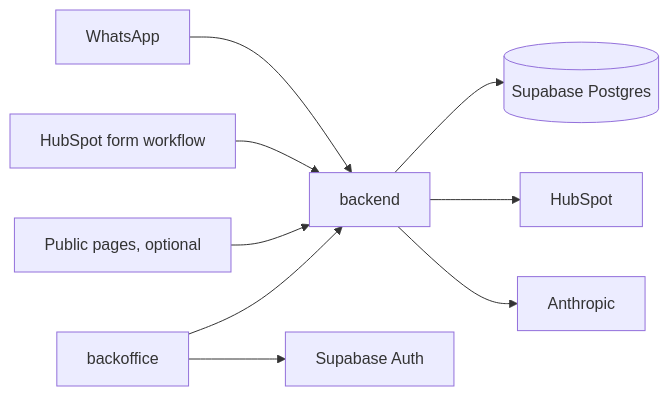
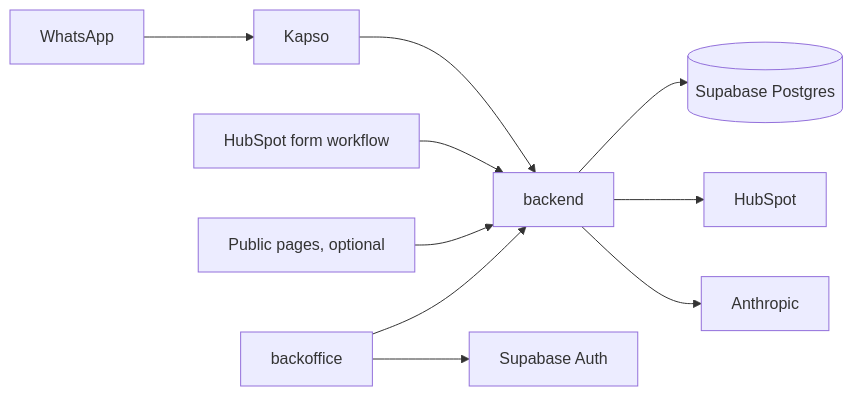
The first of 2 diagrams in docs/design.md (luisguareschi/leadscope), drawn with Mermaid before and after one commit. The commit also changed other lines of this file and 53 other files, not shown here.

First line of the commit message:
Move WhatsApp from Meta Cloud API direct to Kapso (#9)

````diff
--- a/docs/design.md
+++ b/docs/design.md
@@ -68,11 +68,11 @@
 ```mermaid
 flowchart LR
-  wa[WhatsApp] --> api[backend]
+  wa[WhatsApp] --> kapso[Kapso] --> api[backend]
   hsForm[HubSpot form workflow] --> api
   site[Public pages, optional] --> api
   api --> db[(Supabase Postgres)]
   api --> hs[HubSpot]
   api --> llm[Anthropic]
   office[backoffice] --> api
   office --> auth[Supabase Auth]
 ```
````
